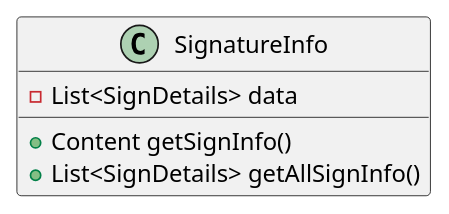
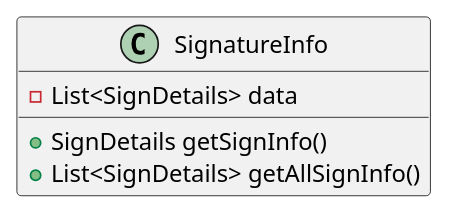
One commit to epam/edp-ddm-architecture changed the first of 2 diagrams in docs/ua/modules/arch/pages/architecture-workspace/platform-evolution/sign-validation/sign-validation.adoc. Above: the diagram before and after it, drawn with PlantUML. The commit also changed other lines of this file, not shown here.

```diff
--- a/docs/ua/modules/arch/pages/architecture-workspace/platform-evolution/sign-validation/sign-validation.adoc
+++ b/docs/ua/modules/arch/pages/architecture-workspace/platform-evolution/sign-validation/sign-validation.adoc
@@ -195,9 +195,9 @@
 [plantuml]
 ----
 class SignatureInfo {
 - List<SignDetails> data
-+ Content getSignInfo()
++ SignDetails getSignInfo()
 + List<SignDetails> getAllSignInfo()
 }
 
 ----
```
